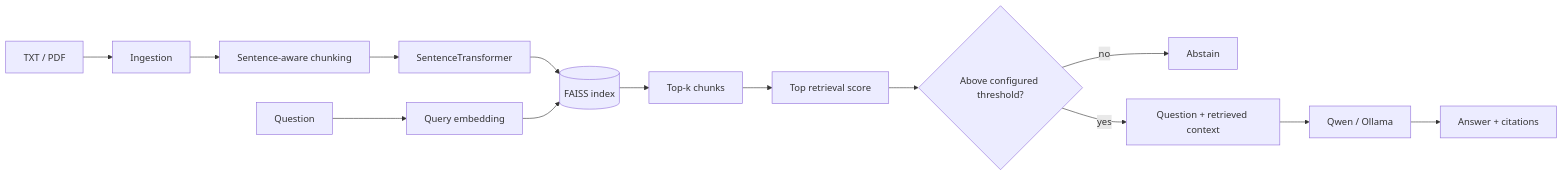
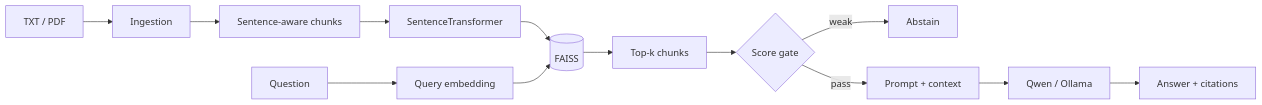
Before and after one commit to Davidkaaa33/ML-projects: the diagram in llm-knowledge-base-assistant/README.md, drawn with Mermaid. The commit also changed other lines of this file and 4 other files, not shown here.

````diff
--- a/llm-knowledge-base-assistant/README.md
+++ b/llm-knowledge-base-assistant/README.md
@@ -36,17 +17,16 @@
 ```mermaid
 flowchart LR
-    DOC[TXT / PDF] --> ING[Ingestion]
-    ING --> CHUNK[Sentence-aware chunking]
-    CHUNK --> EMB[SentenceTransformer]
-    EMB --> IDX[(FAISS index)]
+    D[TXT / PDF] --> I[Ingestion]
+    I --> C[Sentence-aware chunks]
+    C --> E[SentenceTransformer]
+    E --> F[(FAISS)]
 
-    Q[Question] --> QEMB[Query embedding]
-    QEMB --> IDX
-    IDX --> RET[Top-k chunks]
-    RET --> SCORE[Top retrieval score]
-    SCORE --> GATE{Above configured threshold?}
-    GATE -- no --> ABSTAIN[Abstain]
-    GATE -- yes --> PROMPT[Question + retrieved context]
-    PROMPT --> LLM[Qwen / Ollama]
-    LLM --> ANS[Answer + citations]
+    Q[Question] --> QE[Query embedding]
+    QE --> F
+    F --> R[Top-k chunks]
+    R --> G{Score gate}
+    G -- weak --> A[Abstain]
+    G -- pass --> P[Prompt + context]
+    P --> L[Qwen / Ollama]
+    L --> O[Answer + citations]
 ```
````
